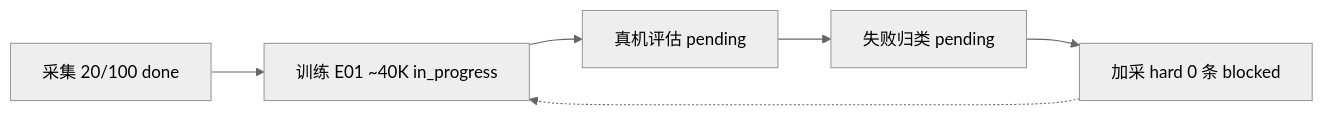
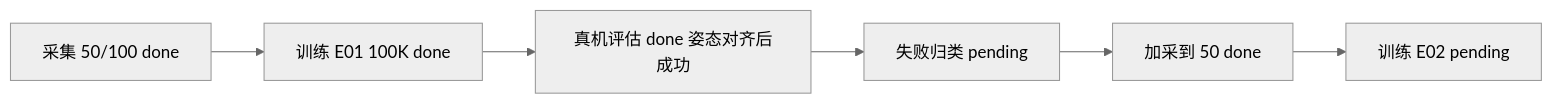
Before and after one commit to wjl110/Reall2Policy: the fourth of 4 diagrams in lab-log/charts.md, drawn with Mermaid (neutral theme). The commit also changed other lines of this file and 34 other files, not shown here.

````diff
--- a/lab-log/charts.md
+++ b/lab-log/charts.md
@@ -59,8 +55,8 @@
 ```mermaid
 flowchart LR
-    A["采集 20/100 done"] --> B["训练 E01 ~40K in_progress"]
-    B --> C["真机评估 pending"]
+    A["采集 50/100 done"] --> B["训练 E01 100K done"]
+    B --> C["真机评估 done 姿态对齐后成功"]
     C --> D["失败归类 pending"]
-    D --> E["加采 hard 0 条 blocked"]
-    E -.-> B
+    D --> E["加采到 50 done"]
+    E --> F["训练 E02 pending"]
 ```
````
